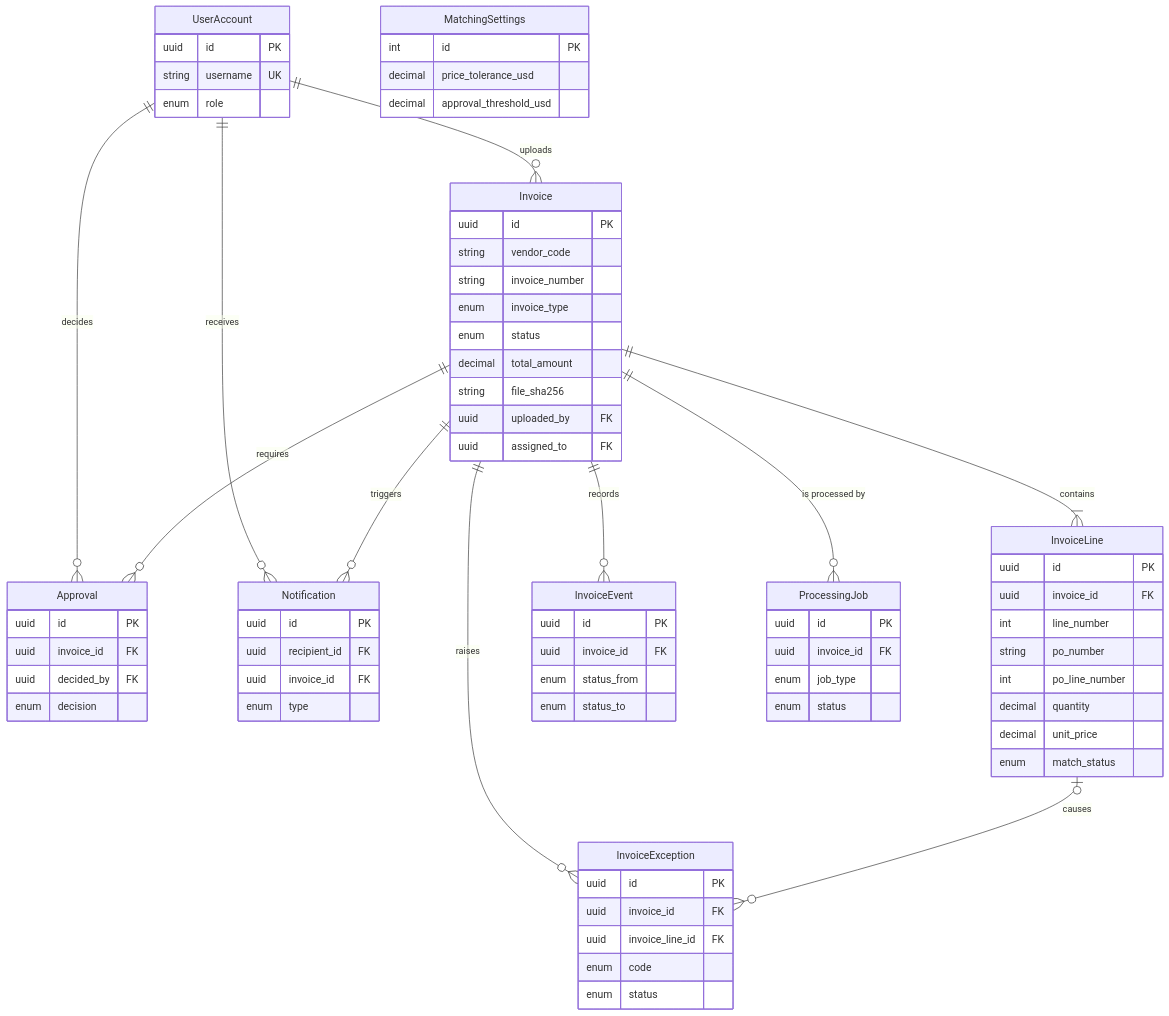
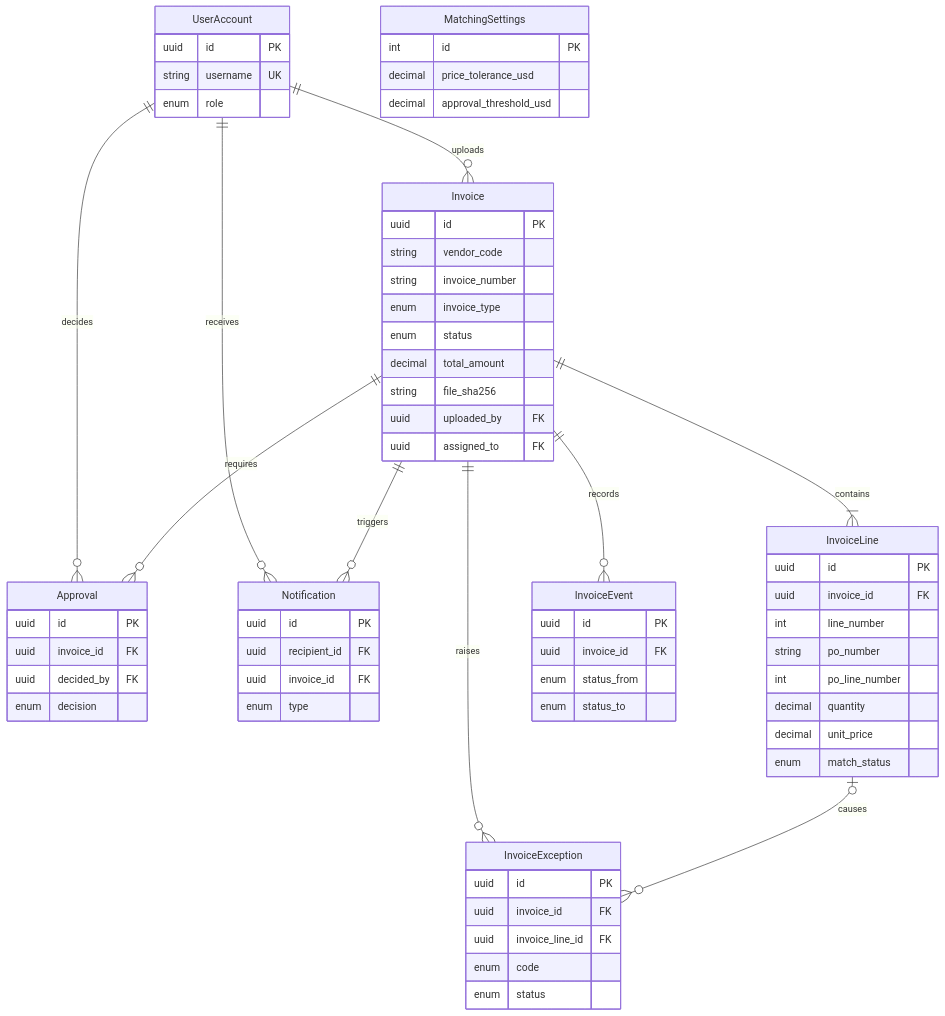
The first of 2 diagrams in docs/02-architecture/data-model.md (jiri-nguyen/SAPS), drawn with Mermaid before and after one commit. The commit also changed other lines of this file and 5 other files, not shown here.

Commit message:
docs: ADR-0004 now proposes Dramatiq + Redis; add SAPS Message Broker; drop ProcessingJob

````diff
--- a/docs/02-architecture/data-model.md
+++ b/docs/02-architecture/data-model.md
@@ -29,76 +30,69 @@
 ```mermaid
 erDiagram
     UserAccount ||--o{ Invoice : "uploads"
     UserAccount ||--o{ Approval : "decides"
     UserAccount ||--o{ Notification : "receives"
     Invoice ||--|{ InvoiceLine : "contains"
     Invoice ||--o{ InvoiceException : "raises"
     InvoiceLine |o--o{ InvoiceException : "causes"
     Invoice ||--o{ Approval : "requires"
     Invoice ||--o{ InvoiceEvent : "records"
     Invoice ||--o{ Notification : "triggers"
-    Invoice ||--o{ ProcessingJob : "is processed by"
 
     UserAccount {
         uuid id PK
         string username UK
         enum role
     }
     Invoice {
         uuid id PK
         string vendor_code
         string invoice_number
         enum invoice_type
         enum status
         decimal total_amount
         string file_sha256
         uuid uploaded_by FK
         uuid assigned_to FK
     }
     InvoiceLine {
         uuid id PK
         uuid invoice_id FK
         int line_number
         string po_number
         int po_line_number
         decimal quantity
         decimal unit_price
         enum match_status
     }
     InvoiceException {
         uuid id PK
         uuid invoice_id FK
         uuid invoice_line_id FK
         enum code
         enum status
     }
     Approval {
         uuid id PK
         uuid invoice_id FK
         uuid decided_by FK
         enum decision
     }
     InvoiceEvent {
         uuid id PK
         uuid invoice_id FK
         enum status_from
         enum status_to
     }
     Notification {
         uuid id PK
         uuid recipient_id FK
         uuid invoice_id FK
         enum type
     }
-    ProcessingJob {
-        uuid id PK
-        uuid invoice_id FK
-        enum job_type
-        enum status
-    }
     MatchingSettings {
         int id PK
         decimal price_tolerance_usd
         decimal approval_threshold_usd
     }
 ```
````
